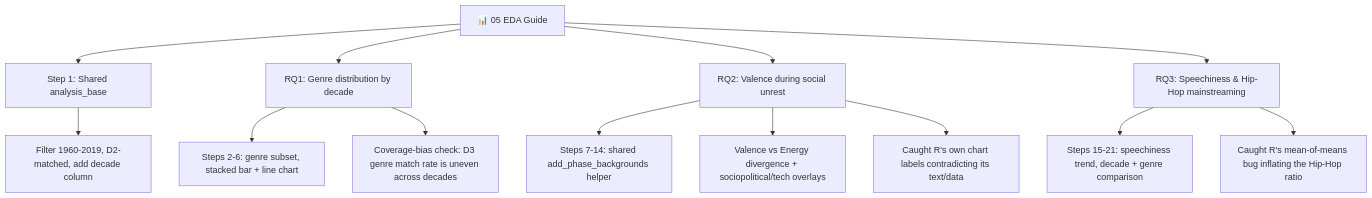
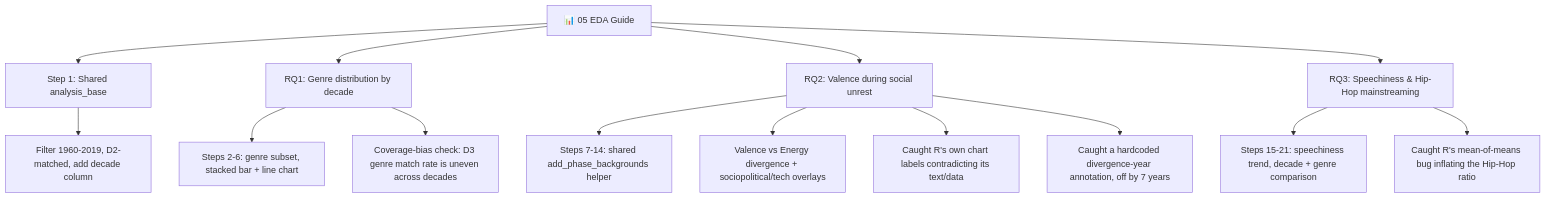
The diagram in pipeline-guides/05_EDA.md (Vivian-be-nerd/FuWei-Portfolio), drawn with Mermaid before and after one commit. The commit also changed other lines of this file and 2 other files, not shown here.

First line of the commit message:
Fix hardcoded 1993 divergence annotation in 05 EDA, correct year is 1986

````diff
--- a/pipeline-guides/05_EDA.md
+++ b/pipeline-guides/05_EDA.md
@@ -3,19 +3,20 @@
 ```mermaid
 flowchart TD
     A[📊 05 EDA Guide] --> B[Step 1: Shared analysis_base]
     A --> C[RQ1: Genre distribution by decade]
     A --> D[RQ2: Valence during social unrest]
     A --> E[RQ3: Speechiness & Hip-Hop mainstreaming]
 
     B --> B1[Filter 1960-2019, D2-matched, add decade column]
 
     C --> C1[Steps 2-6: genre subset, stacked bar + line chart]
     C --> C2[Coverage-bias check: D3 genre match rate is uneven across decades]
 
     D --> D1[Steps 7-14: shared add_phase_backgrounds helper]
     D --> D2[Valence vs Energy divergence + sociopolitical/tech overlays]
     D --> D3[Caught R's own chart labels contradicting its text/data]
+    D --> D4[Caught a hardcoded divergence-year annotation, off by 7 years]
 
     E --> E1[Steps 15-21: speechiness trend, decade + genre comparison]
     E --> E2[Caught R's mean-of-means bug inflating the Hip-Hop ratio]
 ```
````
